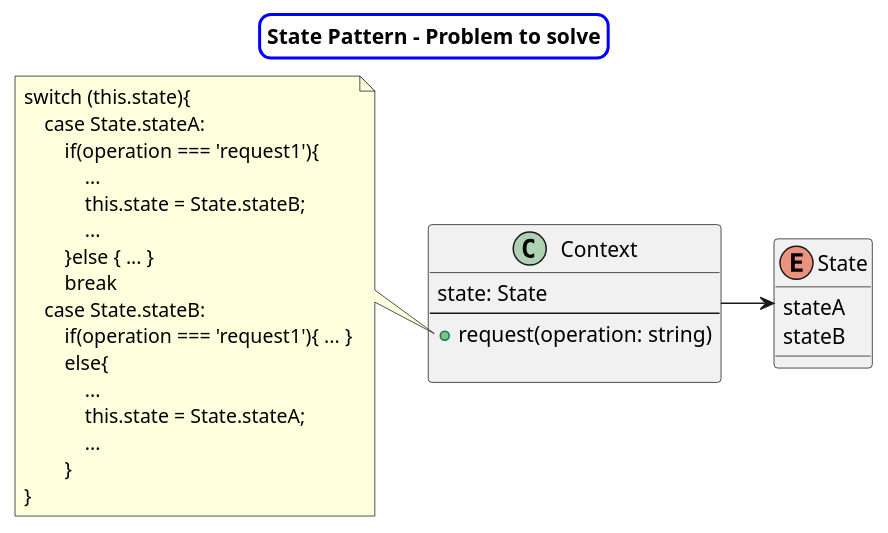
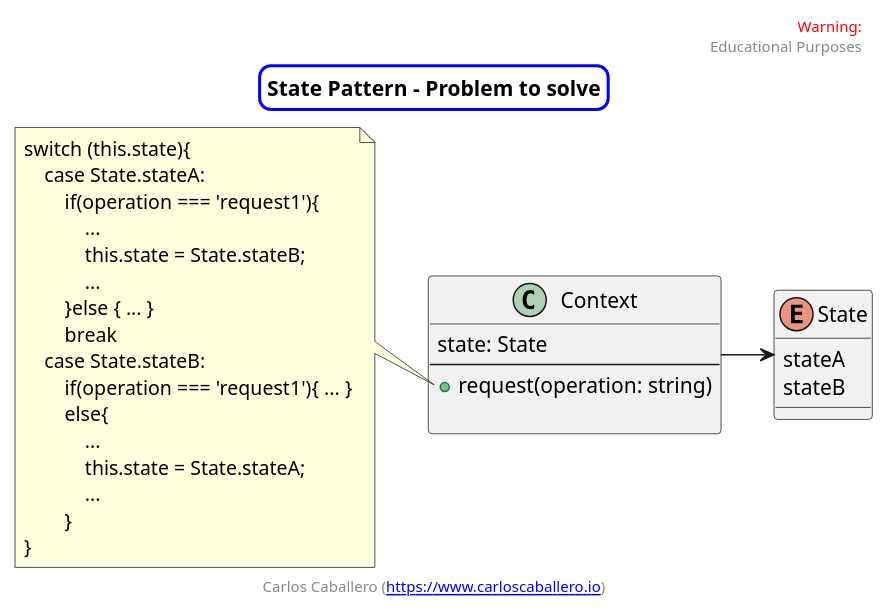
One commit to Caballerog/blog changed the diagram in state-pattern/example1/problem/uml.plantuml. Above: the diagram before and after it, drawn with PlantUML. The commit also changed 17 other files, not shown here.

```diff
--- a/state-pattern/example1/problem/uml.plantuml
+++ b/state-pattern/example1/problem/uml.plantuml
@@ -1,41 +1,50 @@
 @startuml
 
 skinparam titleBorderRoundCorner 15
 skinparam titleBorderThickness 2
 skinparam titleBorderColor blue
+
+
+header
+<font color=red>Warning:</font>
+Educational Purposes
+endheader
+
+center footer Carlos Caballero ([[https://www.carloscaballero.io https://www.carloscaballero.io]])
+
 
 title State Pattern - Problem to solve
 
 enum State {
     stateA
     stateB
 }
 class Context {
     state: State
     --
     + request(operation: string)
 
 }
 
 note left of Context::request
         switch (this.state){
             case State.stateA:
                 if(operation === 'request1'){
                     ...
                     this.state = State.stateB;
                     ...
                 }else { ... }
                 break
             case State.stateB:
                 if(operation === 'request1'){ ... }
                 else{
                     ...
                     this.state = State.stateA;
                     ...
                 }
         }
 end note
 
 Context -> State
 
 @enduml
```
